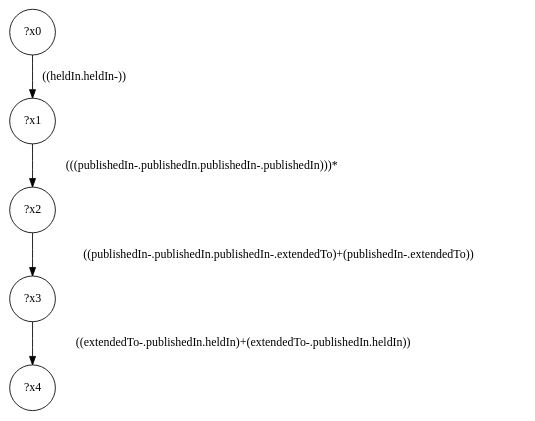
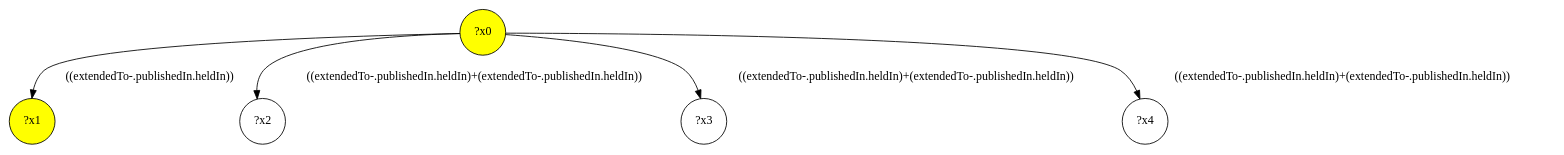
The diagram in demo/test-a/test-a-interface/query-49.dot (gbagan/gmark), drawn with Graphviz before and after one commit. The commit also changed 1061 other files, not shown here.

```diff
--- a/demo/test-a/test-a-interface/query-49.dot
+++ b/demo/test-a/test-a-interface/query-49.dot
@@ -1,11 +1,11 @@
 digraph g {
-	x0 [shape=circle, label="?x0"];
-	x1 [shape=circle, label="?x1"];
-	x0 -> x1 [label="((heldIn.heldIn-))"];
+	x0 [fillcolor="yellow", style="filled," shape=circle, label="?x0"];
+	x1 [fillcolor="yellow", style="filled," shape=circle, label="?x1"];
+	x0 -> x1 [label="((extendedTo-.publishedIn.heldIn))"];
 	x2 [shape=circle, label="?x2"];
-	x1 -> x2 [label="(((publishedIn-.publishedIn.publishedIn-.publishedIn)))*"];
+	x0 -> x2 [label="((extendedTo-.publishedIn.heldIn)+(extendedTo-.publishedIn.heldIn))"];
 	x3 [shape=circle, label="?x3"];
-	x2 -> x3 [label="((publishedIn-.publishedIn.publishedIn-.extendedTo)+(publishedIn-.extendedTo))"];
+	x0 -> x3 [label="((extendedTo-.publishedIn.heldIn)+(extendedTo-.publishedIn.heldIn))"];
 	x4 [shape=circle, label="?x4"];
-	x3 -> x4 [label="((extendedTo-.publishedIn.heldIn)+(extendedTo-.publishedIn.heldIn))"];
+	x0 -> x4 [label="((extendedTo-.publishedIn.heldIn)+(extendedTo-.publishedIn.heldIn))"];
 }
```
